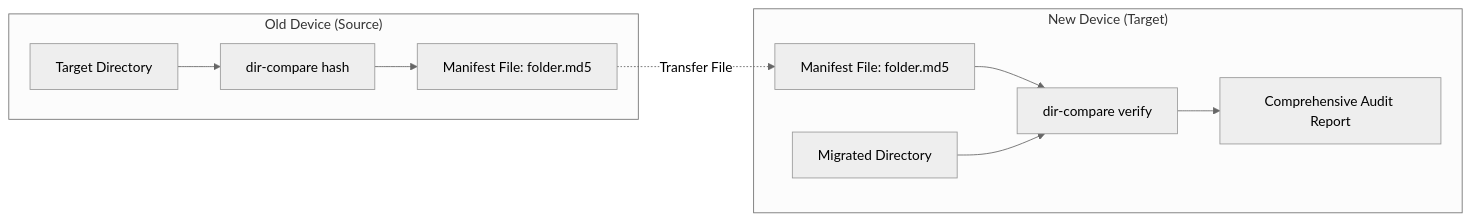
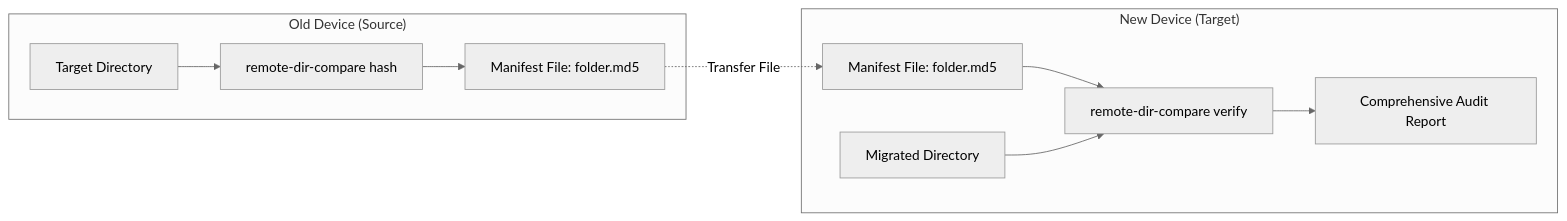
The diagram in README.md (0xAnasEzz/dir-compare), drawn with Mermaid (neutral theme) before and after one commit. The commit also changed other lines of this file and 2 other files, not shown here.

Commit message:
refactor: rename project to remote-dir-compare

````diff
--- a/README.md
+++ b/README.md
@@ -69,15 +69,15 @@
 ```mermaid
 flowchart LR
     subgraph Source["Old Device (Source)"]
-        A[Target Directory] --> B["dir-compare hash"]
+        A[Target Directory] --> B["remote-dir-compare hash"]
         B --> C[Manifest File: folder.md5]
     end
 
     C -. Transfer File .-> D
 
     subgraph Destination["New Device (Target)"]
-        D[Manifest File: folder.md5] --> F["dir-compare verify"]
+        D[Manifest File: folder.md5] --> F["remote-dir-compare verify"]
         E[Migrated Directory] --> F
         F --> G[Comprehensive Audit Report]
     end
 ```
````
